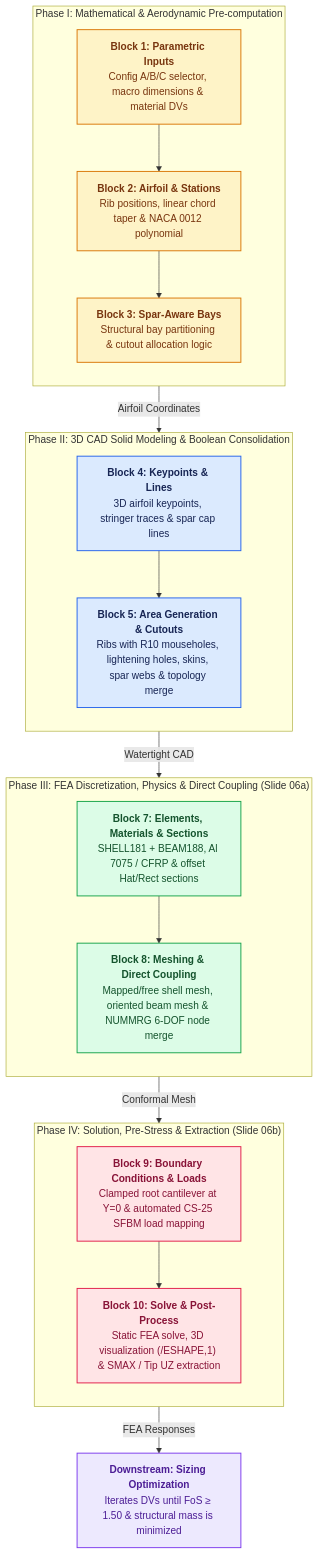
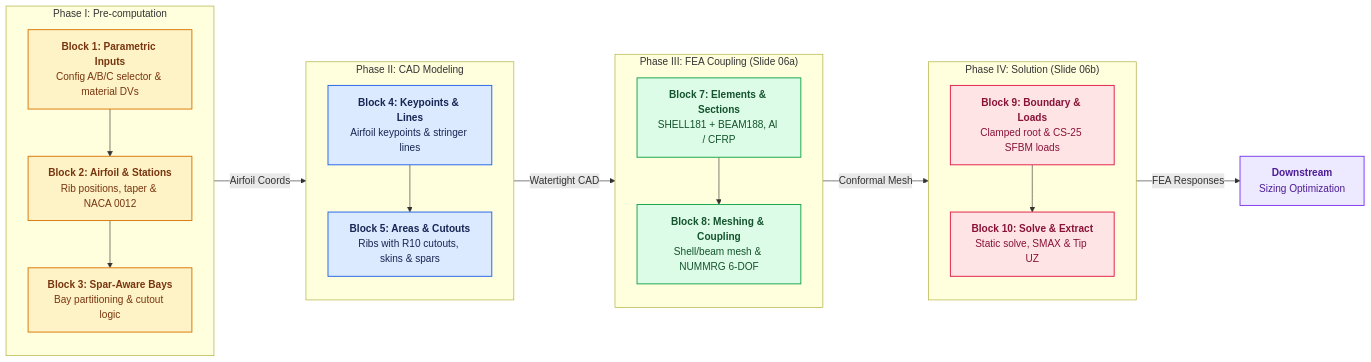
One commit to NoMiEz321000/Ansys_Scripts changed the second of 2 diagrams in README.md. Above: the diagram before and after it, drawn with Mermaid.

Commit message:
docs: change APDL execution flowchart orientation to horizontal (LR) dashboard layout

````diff
--- a/README.md
+++ b/README.md
@@ -133,63 +133,63 @@
 ```mermaid
-flowchart TD
+flowchart LR
 
   %% ==========================================
   %% PHASE I: PRE-COMPUTATION
   %% ==========================================
-  subgraph phase1["Phase I: Mathematical & Aerodynamic Pre-computation"]
+  subgraph phase1["Phase I: Pre-computation"]
     direction TB
-    b1["<b>Block 1: Parametric Inputs</b><br/>Config A/B/C selector, macro dimensions & material DVs"]
-    b2["<b>Block 2: Airfoil & Stations</b><br/>Rib positions, linear chord taper & NACA 0012 polynomial"]
-    b3["<b>Block 3: Spar-Aware Bays</b><br/>Structural bay partitioning & cutout allocation logic"]
+    b1["<b>Block 1: Parametric Inputs</b><br/>Config A/B/C selector & material DVs"]
+    b2["<b>Block 2: Airfoil & Stations</b><br/>Rib positions, taper & NACA 0012"]
+    b3["<b>Block 3: Spar-Aware Bays</b><br/>Bay partitioning & cutout logic"]
     b1 --> b2 --> b3
   end
 
   %% ==========================================
   %% PHASE II: 3D CAD MODELING
   %% ==========================================
-  subgraph phase2["Phase II: 3D CAD Solid Modeling & Boolean Consolidation"]
+  subgraph phase2["Phase II: CAD Modeling"]
     direction TB
-    b4["<b>Block 4: Keypoints & Lines</b><br/>3D airfoil keypoints, stringer traces & spar cap lines"]
-    b5["<b>Block 5: Area Generation & Cutouts</b><br/>Ribs with R10 mouseholes, lightening holes, skins, spar webs & topology merge"]
+    b4["<b>Block 4: Keypoints & Lines</b><br/>Airfoil keypoints & stringer lines"]
+    b5["<b>Block 5: Areas & Cutouts</b><br/>Ribs with R10 cutouts, skins & spars"]
     b4 --> b5
   end
 
   %% ==========================================
-  %% PHASE III: FEA DISCRETIZATION & COUPLING (SLIDE 06a)
+  %% PHASE III: FEA COUPLING (SLIDE 06a)
   %% ==========================================
-  subgraph phase3["Phase III: FEA Discretization, Physics & Direct Coupling (Slide 06a)"]
+  subgraph phase3["Phase III: FEA Coupling (Slide 06a)"]
     direction TB
-    b7["<b>Block 7: Elements, Materials & Sections</b><br/>SHELL181 + BEAM188, Al 7075 / CFRP & offset Hat/Rect sections"]
-    b8["<b>Block 8: Meshing & Direct Coupling</b><br/>Mapped/free shell mesh, oriented beam mesh & NUMMRG 6-DOF node merge"]
+    b7["<b>Block 7: Elements & Sections</b><br/>SHELL181 + BEAM188, Al / CFRP"]
+    b8["<b>Block 8: Meshing & Coupling</b><br/>Shell/beam mesh & NUMMRG 6-DOF"]
     b7 --> b8
   end
 
   %% ==========================================
   %% PHASE IV: SOLUTION & POST-PROCESS (SLIDE 06b)
   %% ==========================================
-  subgraph phase4["Phase IV: Solution, Pre-Stress & Extraction (Slide 06b)"]
+  subgraph phase4["Phase IV: Solution (Slide 06b)"]
     direction TB
-    b9["<b>Block 9: Boundary Conditions & Loads</b><br/>Clamped root cantilever at Y=0 & automated CS-25 SFBM load mapping"]
-    b10["<b>Block 10: Solve & Post-Process</b><br/>Static FEA solve, 3D visualization (/ESHAPE,1) & SMAX / Tip UZ extraction"]
+    b9["<b>Block 9: Boundary & Loads</b><br/>Clamped root & CS-25 SFBM loads"]
+    b10["<b>Block 10: Solve & Extract</b><br/>Static solve, SMAX & Tip UZ"]
     b9 --> b10
   end
 
-  %% Sequential Inter-phase Connections
-  b3 -->|"Airfoil Coordinates"| b4
+  %% Sequential Inter-phase Connections (Left to Right)
+  b3 -->|"Airfoil Coords"| b4
   b5 -->|"Watertight CAD"| b7
   b8 -->|"Conformal Mesh"| b9
-  b10 -->|"FEA Responses"| opt["<b>Downstream: Sizing Optimization</b><br/>Iterates DVs until FoS ≥ 1.50 & structural mass is minimized"]
+  b10 -->|"FEA Responses"| opt["<b>Downstream</b><br/>Sizing Optimization"]
 
   %% Class styling definitions (Soft Pastels with Clear Structural Borders)
   classDef toneAmber fill:#fef3c7,stroke:#d97706,stroke-width:1.5px,color:#78350f
   classDef toneBlue fill:#dbeafe,stroke:#2563eb,stroke-width:1.5px,color:#172554
   classDef toneMint fill:#dcfce7,stroke:#16a34a,stroke-width:1.5px,color:#14532d
   classDef toneRose fill:#ffe4e6,stroke:#e11d48,stroke-width:1.5px,color:#881337
   classDef tonePurple fill:#ede9fe,stroke:#7c3aed,stroke-width:1.5px,color:#4c1d95
 
   class b1,b2,b3 toneAmber
   class b4,b5 toneBlue
   class b7,b8 toneMint
   class b9,b10 toneRose
   class opt tonePurple
 ```
````
